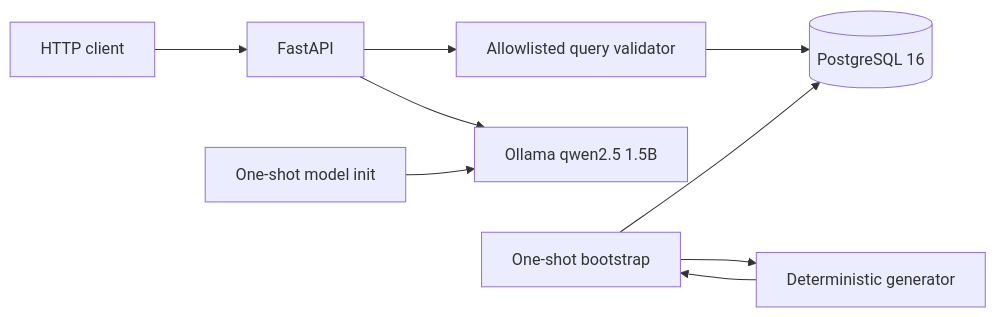
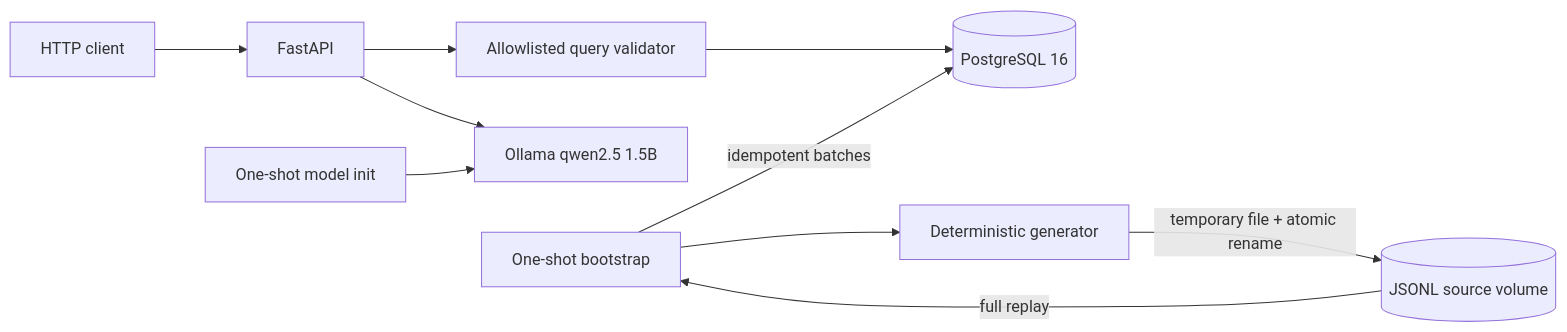
The diagram in README.md (LinkRaider/ai-queryable-health-data-system), drawn with Mermaid before and after one commit. The commit also changed other lines of this file and 21 other files, not shown here.

First line of the commit message:
feat: replay persisted JSONL source

````diff
--- a/README.md
+++ b/README.md
@@ -55,11 +56,12 @@
 ```mermaid
 flowchart LR
     Client[HTTP client] --> API[FastAPI]
     API --> Validator[Allowlisted query validator]
     Validator --> PostgreSQL[(PostgreSQL 16)]
     API --> Ollama[Ollama qwen2.5 1.5B]
     ModelInit[One-shot model init] --> Ollama
     Bootstrap[One-shot bootstrap] --> Generator[Deterministic generator]
-    Generator --> Bootstrap
-    Bootstrap --> PostgreSQL
+    Generator -->|temporary file + atomic rename| JSONL[(JSONL source volume)]
+    JSONL -->|full replay| Bootstrap
+    Bootstrap -->|idempotent batches| PostgreSQL
 ```
````
